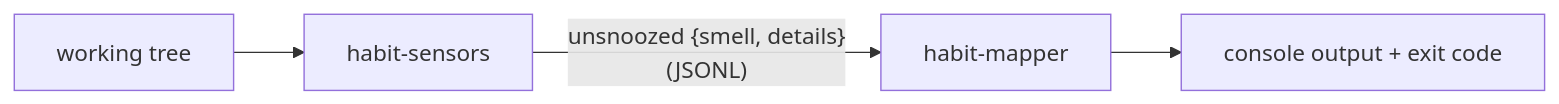
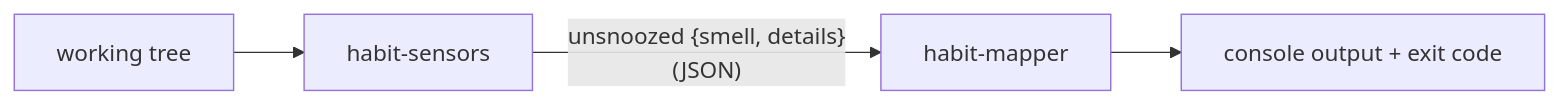
The diagram in docs/architecture.md (devill/habit-hooks-ts), drawn with Mermaid before and after one commit. The commit also changed other lines of this file and 3 other files, not shown here.

First line of the commit message:
simplified: carry findings as a JSON array, not JSONL

````diff
--- a/docs/architecture.md
+++ b/docs/architecture.md
@@ -16,6 +16,6 @@
 ```mermaid
 graph LR
     files["working tree"] --> sensors["habit-sensors"]
-    sensors -->|"unsnoozed {smell, details}\n(JSONL)"| mapper["habit-mapper"]
+    sensors -->|"unsnoozed {smell, details}\n(JSON)"| mapper["habit-mapper"]
     mapper --> out["console output + exit code"]
 ```
````
